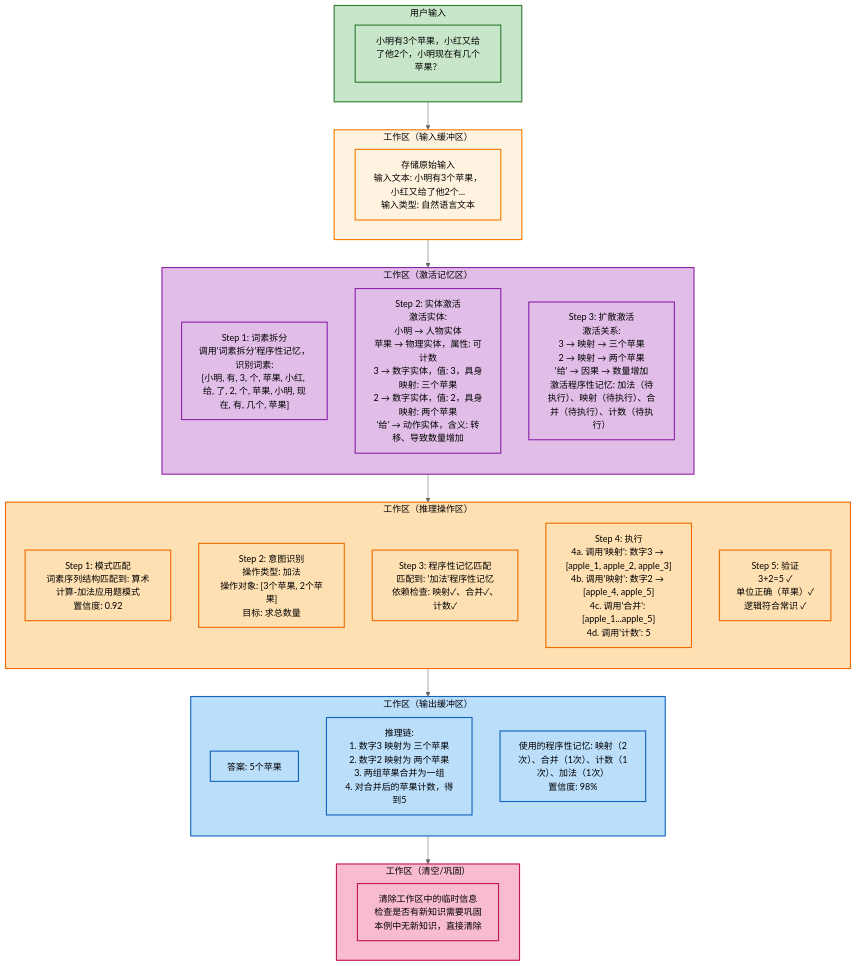
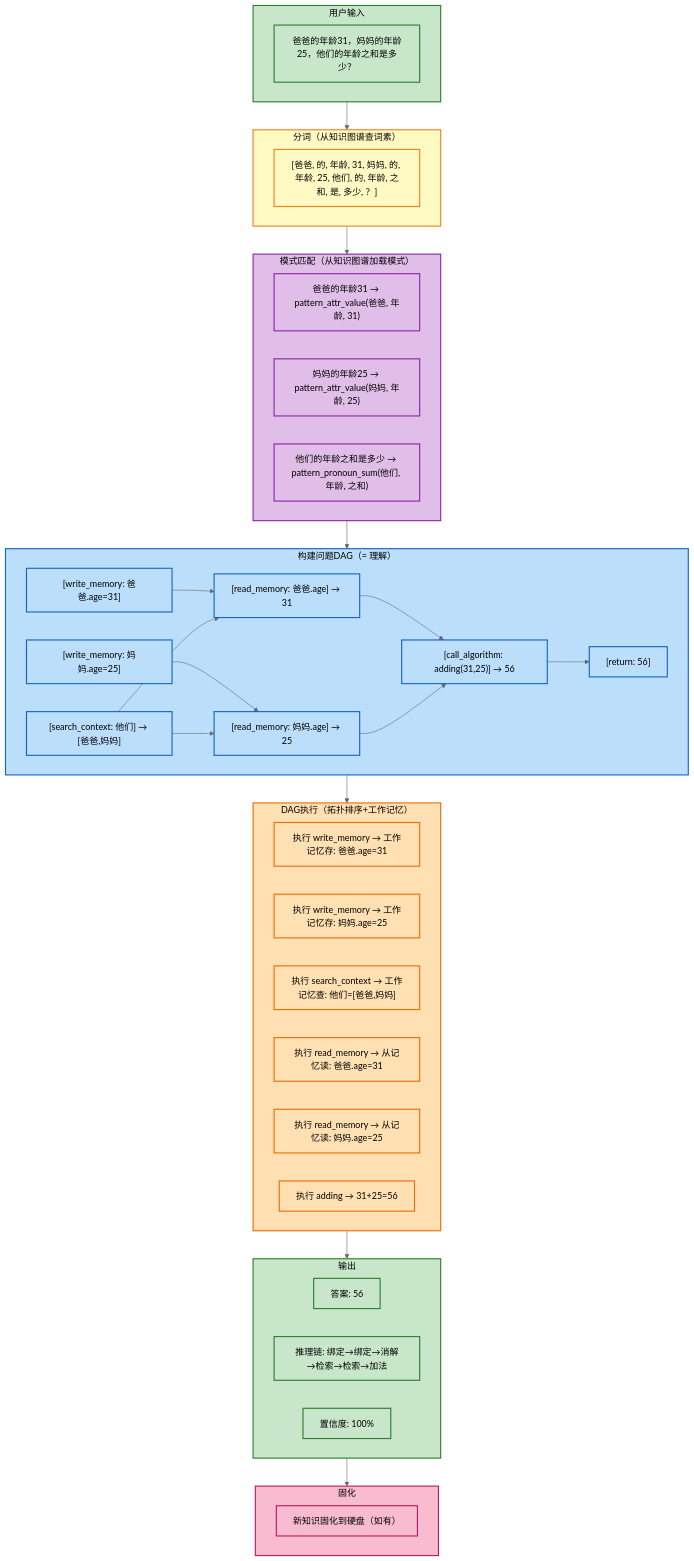
Before and after one commit to weidong-qinfeng/small_world: the sixth of 6 diagrams in doc/数字大脑/架构设计.md, drawn with Mermaid (neutral theme). The commit also changed other lines of this file and 8 other files, not shown here.

````diff
--- a/doc/数字大脑/架构设计.md
+++ b/doc/数字大脑/架构设计.md
@@ -1026,57 +329,76 @@
 ```mermaid
 flowchart TD
     subgraph INPUT["用户输入"]
-        Q["小明有3个苹果，小红又给了他2个，小明现在有几个苹果？"]
+        Q["爸爸的年龄31，妈妈的年龄25，他们的年龄之和是多少？"]
     end
     
-    subgraph IB["工作区（输入缓冲区）"]
-        I1["存储原始输入<br/>输入文本: 小明有3个苹果，小红又给了他2个...<br/>输入类型: 自然语言文本"]
+    subgraph TK["分词（从知识图谱查词素）"]
+        T1["[爸爸, 的, 年龄, 31, 妈妈, 的, 年龄, 25, 他们, 的, 年龄, 之和, 是, 多少, ？]"]
     end
     
-    subgraph AA["工作区（激活记忆区）"]
-        direction TB
-        A1["Step 1: 词素拆分<br/>调用'词素拆分'程序性记忆，识别词素:<br/>[小明, 有, 3, 个, 苹果, 小红, 给, 了, 2, 个, 苹果, 小明, 现在, 有, 几个, 苹果]"]
-        A2["Step 2: 实体激活<br/>激活实体:<br/>小明 → 人物实体<br/>苹果 → 物理实体，属性: 可计数<br/>3 → 数字实体，值: 3，具身映射: 三个苹果<br/>2 → 数字实体，值: 2，具身映射: 两个苹果<br/>'给' → 动作实体，含义: 转移、导致数量增加"]
-        A3["Step 3: 扩散激活<br/>激活关系:<br/>3 → 映射 → 三个苹果<br/>2 → 映射 → 两个苹果<br/>'给' → 因果 → 数量增加<br/>激活程序性记忆: 加法（待执行）、映射（待执行）、合并（待执行）、计数（待执行）"]
+    subgraph PM["模式匹配（从知识图谱加载模式）"]
+        P1["爸爸的年龄31 → pattern_attr_value(爸爸, 年龄, 31)"]
+        P2["妈妈的年龄25 → pattern_attr_value(妈妈, 年龄, 25)"]
+        P3["他们的年龄之和是多少 → pattern_pronoun_sum(他们, 年龄, 之和)"]
     end
     
-    subgraph RA["工作区（推理操作区）"]
-        direction TB
-        R1["Step 1: 模式匹配<br/>词素序列结构匹配到: 算术计算-加法应用题模式<br/>置信度: 0.92"]
-        R2["Step 2: 意图识别<br/>操作类型: 加法<br/>操作对象: [3个苹果, 2个苹果]<br/>目标: 求总数量"]
-        R3["Step 3: 程序性记忆匹配<br/>匹配到: '加法'程序性记忆<br/>依赖检查: 映射✓、合并✓、计数✓"]
-        R4["Step 4: 执行<br/>4a. 调用'映射': 数字3 → [apple_1, apple_2, apple_3]<br/>4b. 调用'映射': 数字2 → [apple_4, apple_5]<br/>4c. 调用'合并': [apple_1...apple_5]<br/>4d. 调用'计数': 5"]
-        R5["Step 5: 验证<br/>3+2=5 ✓<br/>单位正确（苹果）✓<br/>逻辑符合常识 ✓"]
+    subgraph DAG["构建问题DAG（= 理解）"]
+        D1["[write_memory: 爸爸.age=31]"]
+        D2["[write_memory: 妈妈.age=25]"]
+        D3["[search_context: 他们] → [爸爸,妈妈]"]
+        D4["[read_memory: 爸爸.age] → 31"]
+        D5["[read_memory: 妈妈.age] → 25"]
+        D6["[call_algorithm: adding(31,25)] → 56"]
+        D7["[return: 56]"]
+        
+        D1 --> D4
+        D2 --> D5
+        D3 --> D4
+        D3 --> D5
+        D4 --> D6
+        D5 --> D6
+        D6 --> D7
     end
     
-    subgraph OB["工作区（输出缓冲区）"]
-        direction TB
-        O1["答案: 5个苹果"]
-        O2["推理链:<br/>1. 数字3 映射为 三个苹果<br/>2. 数字2 映射为 两个苹果<br/>3. 两组苹果合并为一组<br/>4. 对合并后的苹果计数，得到5"]
-        O3["使用的程序性记忆: 映射（2次）、合并（1次）、计数（1次）、加法（1次）<br/>置信度: 98%"]
+    subgraph EXEC["DAG执行（拓扑排序+工作记忆）"]
+        E1["执行 write_memory → 工作记忆存: 爸爸.age=31"]
+        E2["执行 write_memory → 工作记忆存: 妈妈.age=25"]
+        E3["执行 search_context → 工作记忆查: 他们=[爸爸,妈妈]"]
+        E4["执行 read_memory → 从记忆读: 爸爸.age=31"]
+        E5["执行 read_memory → 从记忆读: 妈妈.age=25"]
+        E6["执行 adding → 31+25=56"]
     end
     
-    subgraph CLEAR["工作区（清空/巩固）"]
-        C1["清除工作区中的临时信息<br/>检查是否有新知识需要巩固<br/>本例中无新知识，直接清除"]
+    subgraph OUTPUT["输出"]
+        O1["答案: 56"]
+        O2["推理链: 绑定→绑定→消解→检索→检索→加法"]
+        O3["置信度: 100%"]
     end
     
-    INPUT --> IB
-    IB --> AA
-    AA --> RA
-    RA --> OB
-    OB --> CLEAR
+    subgraph CONSOL["固化"]
+        C1["新知识固化到硬盘（如有）"]
+    end
+    
+    INPUT --> TK
+    TK --> PM
+    PM --> DAG
+    DAG --> EXEC
+    EXEC --> OUTPUT
+    OUTPUT --> CONSOL
     
     classDef input fill:#c8e6c9,stroke:#2e7d32,stroke-width:2px,color:#000
-    classDef buffer fill:#fff3e0,stroke:#f57c00,stroke-width:2px,color:#000
-    classDef activate fill:#e1bee7,stroke:#8e24aa,stroke-width:2px,color:#000
-    classDef reason fill:#ffe0b2,stroke:#ef6c00,stroke-width:2px,color:#000
-    classDef output fill:#bbdefb,stroke:#1565c0,stroke-width:2px,color:#000
-    classDef clear fill:#f8bbd0,stroke:#c2185b,stroke-width:2px,color:#000
+    classDef tokenize fill:#fff9c4,stroke:#f57f17,stroke-width:2px,color:#000
+    classDef pattern fill:#e1bee7,stroke:#8e24aa,stroke-width:2px,color:#000
+    classDef dag fill:#bbdefb,stroke:#1565c0,stroke-width:2px,color:#000
+    classDef exec fill:#ffe0b2,stroke:#ef6c00,stroke-width:2px,color:#000
+    classDef output fill:#c8e6c9,stroke:#2e7d32,stroke-width:2px,color:#000
+    classDef consol fill:#f8bbd0,stroke:#c2185b,stroke-width:2px,color:#000
     
     class INPUT,Q input
-    class IB,I1 buffer
-    class AA,A1,A2,A3 activate
-    class RA,R1,R2,R3,R4,R5 reason
-    class OB,O1,O2,O3 output
-    class CLEAR,C1 clear
+    class TK,T1 tokenize
+    class PM,P1,P2,P3 pattern
+    class DAG,D1,D2,D3,D4,D5,D6,D7 dag
+    class EXEC,E1,E2,E3,E4,E5,E6 exec
+    class OUTPUT,O1,O2,O3 output
+    class CONSOL,C1 consol
 ```
````
